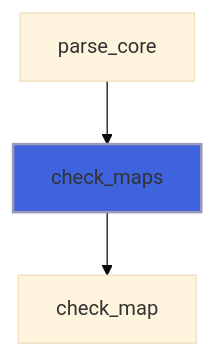
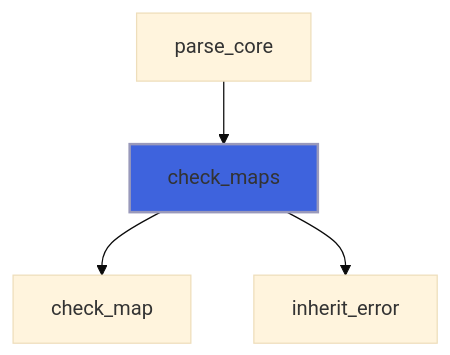
Before and after one commit to szaghi/FLAP: the fourth of 40 diagrams in docs/api/src/lib/flap_command_line_arguments_group_t.md, drawn with Mermaid (base theme). The commit also changed other lines of this file and 18 other files, not shown here.

````diff
--- a/docs/api/src/lib/flap_command_line_arguments_group_t.md
+++ b/docs/api/src/lib/flap_command_line_arguments_group_t.md
@@ -241,6 +243,7 @@
 ```mermaid
 flowchart TD
   parse_core["parse_core"] --> check_maps["check_maps"]
   check_maps["check_maps"] --> check_map["check_map"]
+  check_maps["check_maps"] --> inherit_error["inherit_error"]
   style check_maps fill:#3e63dd,stroke:#99b,stroke-width:2px
 ```
````
